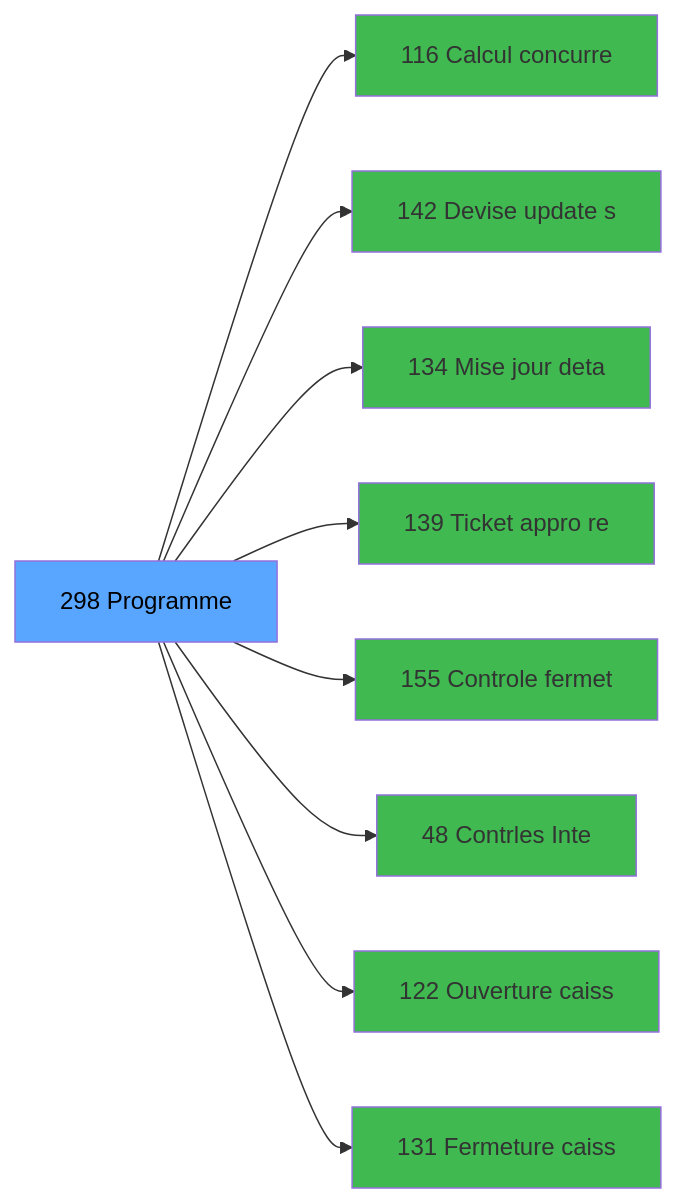
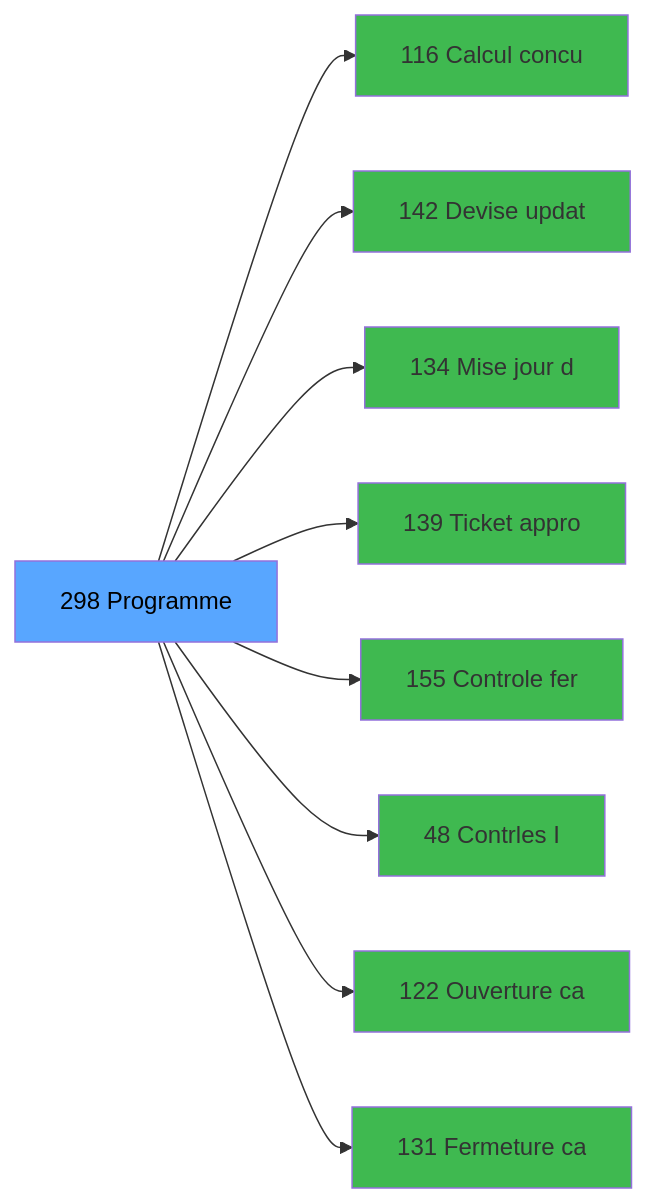
The third of 3 diagrams in .openspec/specs/ADH-IDE-298.md (thonyAGP/magic-migration), drawn with Mermaid before and after one commit. The commit also changed other lines of this file and 323 other files, not shown here.

````diff
--- a/.openspec/specs/ADH-IDE-298.md
+++ b/.openspec/specs/ADH-IDE-298.md
@@ -135,29 +143,29 @@
 ```mermaid
 graph LR
     T[298 Programme]
-    C116[116 Calcul concurre]
+    C116[116 Calcul concu]
     T --> C116
-    C142[142 Devise update s]
+    C142[142 Devise updat]
     T --> C142
-    C134[134 Mise  jour deta]
+    C134[134 Mise  jour d]
     T --> C134
-    C139[139 Ticket appro re]
+    C139[139 Ticket appro]
     T --> C139
-    C155[155 Controle fermet]
+    C155[155 Controle fer]
     T --> C155
-    C48[48 Contrles   Inte]
+    C48[48 Contrles   I]
     T --> C48
-    C122[122 Ouverture caiss]
+    C122[122 Ouverture ca]
     T --> C122
-    C131[131 Fermeture caiss]
+    C131[131 Fermeture ca]
     T --> C131
     style T fill:#58a6ff,color:#000
     style C116 fill:#3fb950
     style C142 fill:#3fb950
     style C134 fill:#3fb950
     style C139 fill:#3fb950
     style C155 fill:#3fb950
     style C48 fill:#3fb950
     style C122 fill:#3fb950
     style C131 fill:#3fb950
 ```
````
